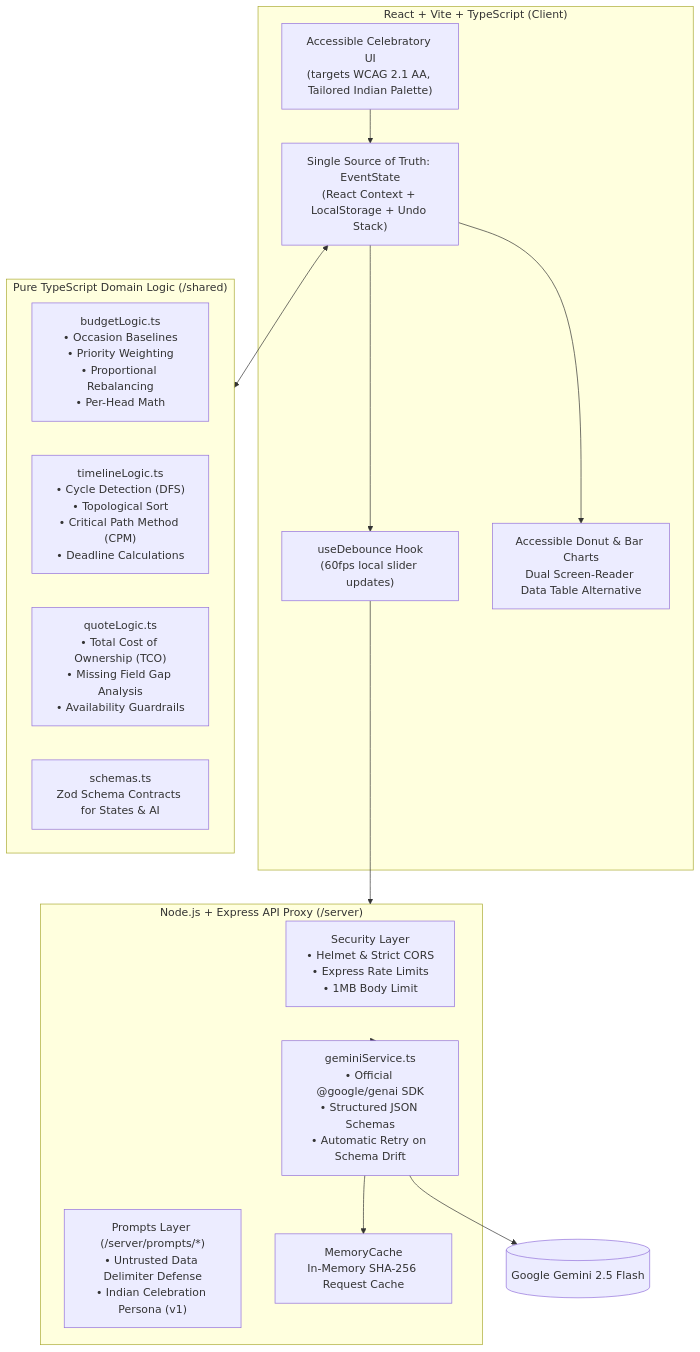
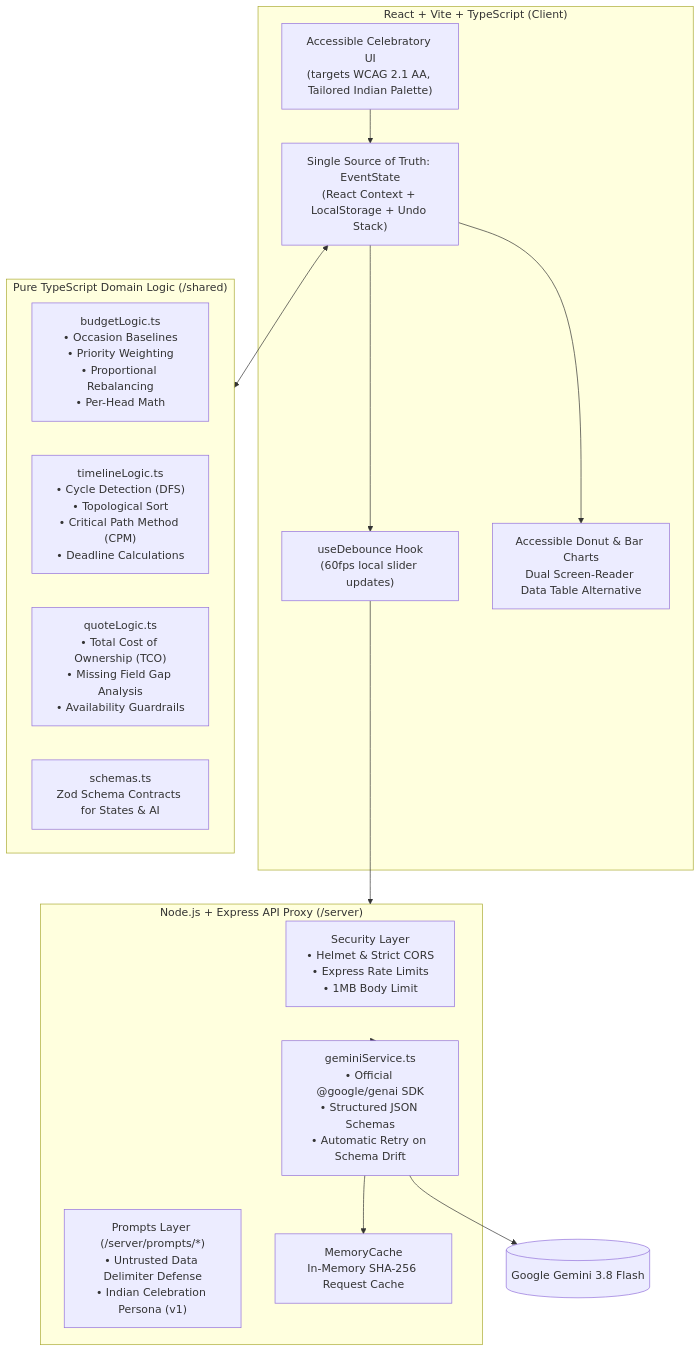
Before and after one commit to Priyan120-dev/Utsav_Planner: the diagram in README.md, drawn with Mermaid. The commit also changed other lines of this file and 11 other files, not shown here.

````diff
--- a/README.md
+++ b/README.md
@@ -26,32 +26,32 @@
 ```mermaid
 graph TD
     subgraph Client ["React + Vite + TypeScript (Client)"]
         UI["Accessible Celebratory UI<br>(targets WCAG 2.1 AA, Tailored Indian Palette)"]
         Store["Single Source of Truth: EventState<br>(React Context + LocalStorage + Undo Stack)"]
         Debounce["useDebounce Hook<br>(60fps local slider updates)"]
         DualView["Accessible Donut & Bar Charts<br>Dual Screen-Reader Data Table Alternative"]
     end
 
     subgraph Shared ["Pure TypeScript Domain Logic (/shared)"]
         BudgetMath["budgetLogic.ts<br>• Occasion Baselines<br>• Priority Weighting<br>• Proportional Rebalancing<br>• Per-Head Math"]
         GraphMath["timelineLogic.ts<br>• Cycle Detection (DFS)<br>• Topological Sort<br>• Critical Path Method (CPM)<br>• Deadline Calculations"]
         QuoteMath["quoteLogic.ts<br>• Total Cost of Ownership (TCO)<br>• Missing Field Gap Analysis<br>• Availability Guardrails"]
         Schemas["schemas.ts<br>Zod Schema Contracts for States & AI"]
     end
 
     subgraph Server ["Node.js + Express API Proxy (/server)"]
         Security["Security Layer<br>• Helmet & Strict CORS<br>• Express Rate Limits<br>• 1MB Body Limit"]
         PromptEngine["Prompts Layer (/server/prompts/*)<br>• Untrusted Data Delimiter Defense<br>• Indian Celebration Persona (v1)"]
         Cache["MemoryCache<br>In-Memory SHA-256 Request Cache"]
         GeminiService["geminiService.ts<br>• Official @google/genai SDK<br>• Structured JSON Schemas<br>• Automatic Retry on Schema Drift"]
     end
 
     UI --> Store
     Store --> Debounce
     Store --> DualView
     Store <--> Shared
     Debounce --> Server
     Server --> GeminiService
     GeminiService --> Cache
-    GeminiService --> GeminiAPI[("Google Gemini 2.5 Flash")]
+    GeminiService --> GeminiAPI[("Google Gemini 3.8 Flash")]
 ```
````
